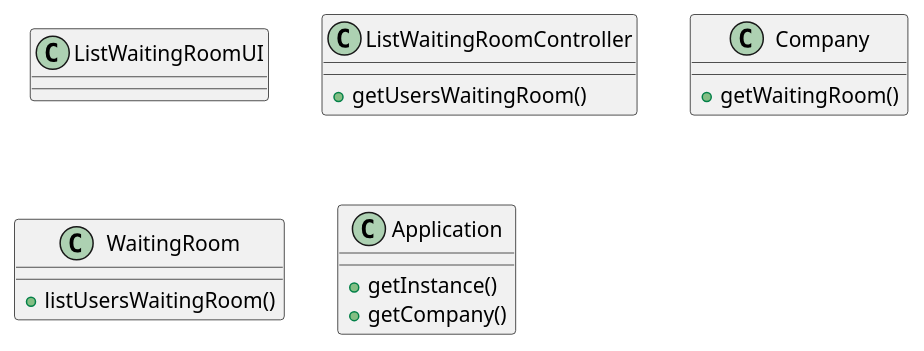
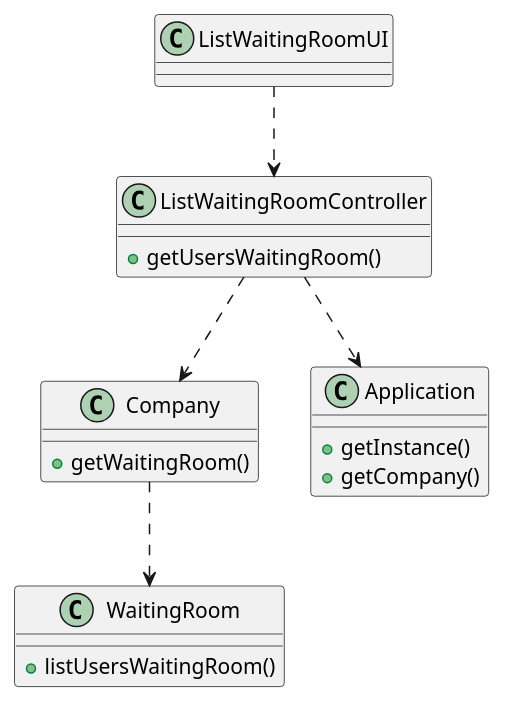
One commit to diogonapoles/isep-lapr2 changed the diagram in docs/SprintC/US5/US5_CD.puml. Above: the diagram before and after it, drawn with PlantUML.

Commit message:
Updated CD[US5][Design]

```diff
--- a/docs/SprintC/US5/US5_CD.puml
+++ b/docs/SprintC/US5/US5_CD.puml
@@ -1,20 +1,26 @@
 @startuml
 'https://plantuml.com/class-diagram
 class ListWaitingRoomUI
 class ListWaitingRoomController{
 +getUsersWaitingRoom()
 }
 class Company{
 +getWaitingRoom()
 }
 class WaitingRoom{
 +listUsersWaitingRoom()
 }
 class Application{
 +getInstance()
 +getCompany()
 }
 
+ListWaitingRoomUI ..> ListWaitingRoomController
+ListWaitingRoomController ..> Company
+ListWaitingRoomController ..> Application
+
+Company ..> WaitingRoom
+
 
 
 @enduml
```
